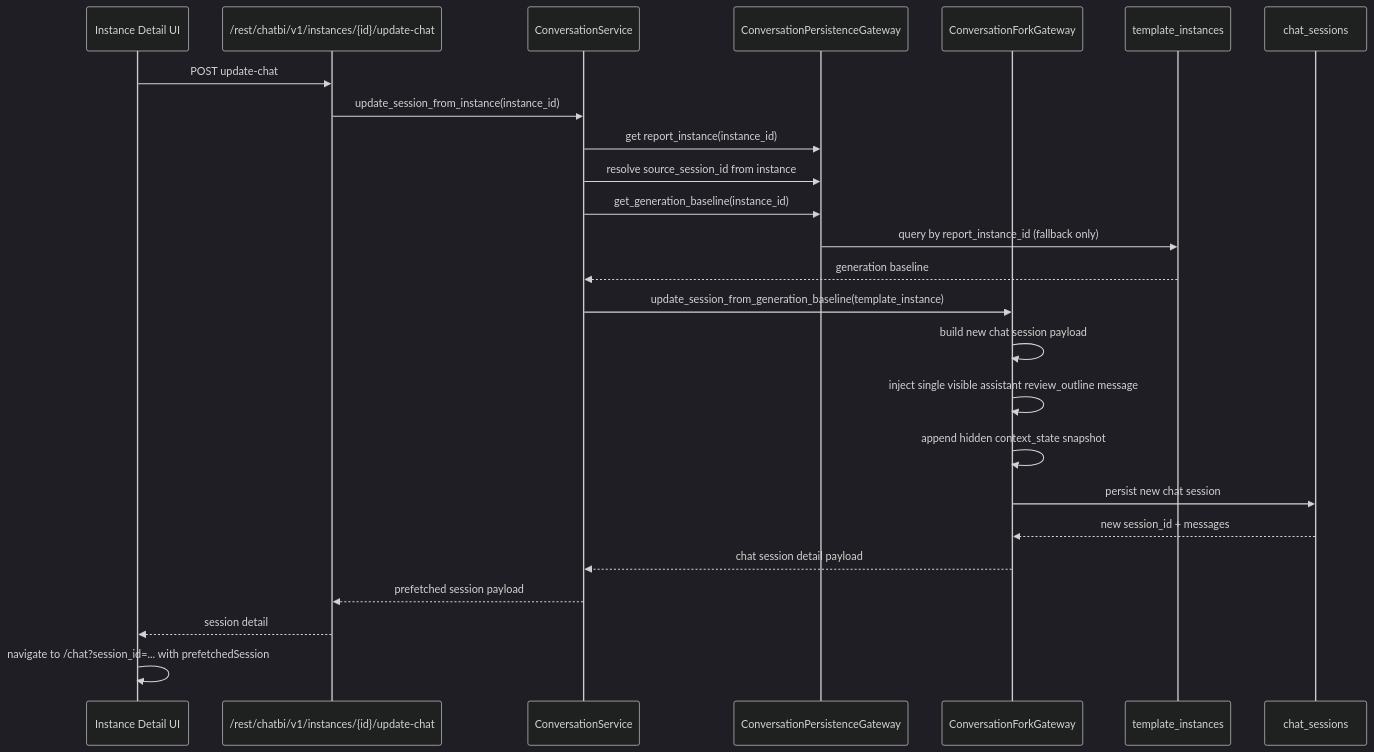
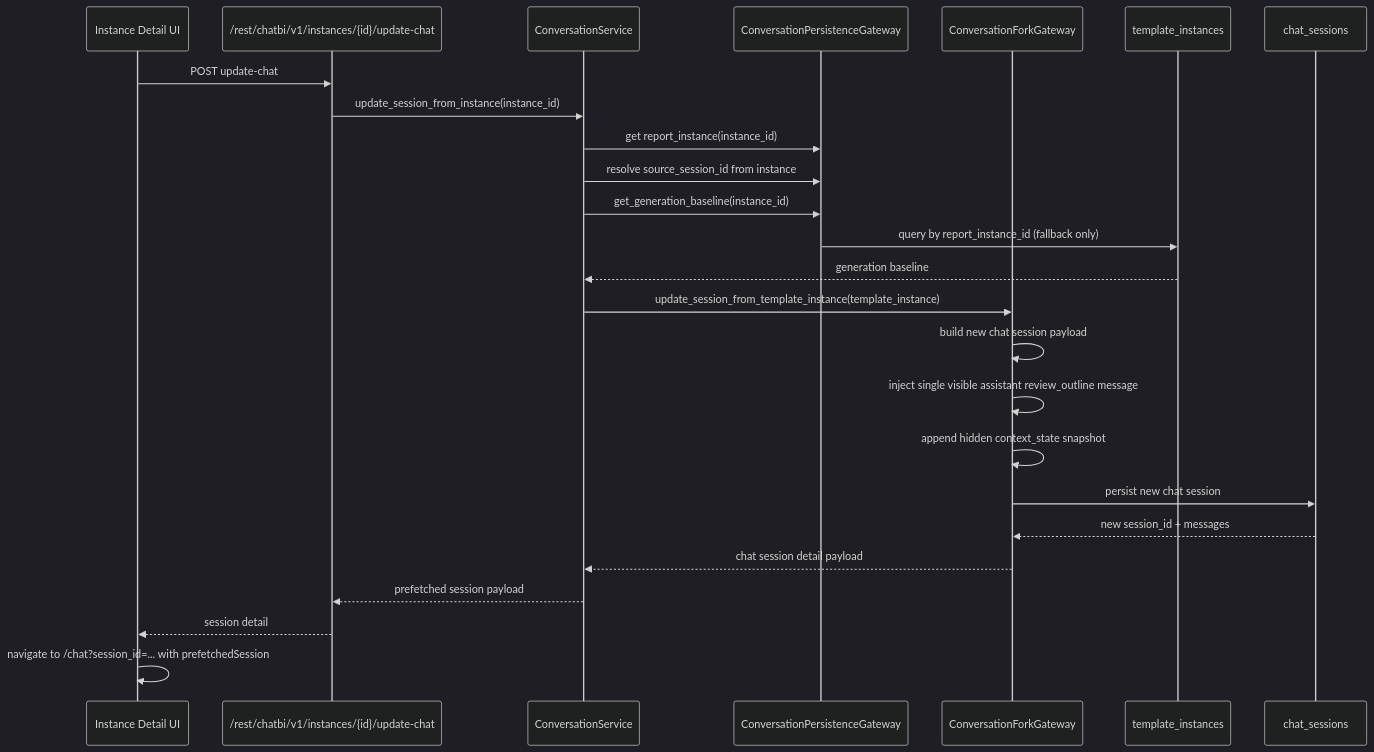
The third of 3 diagrams in design/implementation/runtime_sequences.md (shel447/ReportSystem), drawn with Mermaid (dark theme) before and after one commit. The commit also changed 14 other files, not shown here.

Commit message:
feat: refactor template instance

````diff
--- a/design/implementation/runtime_sequences.md
+++ b/design/implementation/runtime_sequences.md
@@ -120,28 +120,28 @@
 ```mermaid
 sequenceDiagram
     participant UI as Instance Detail UI
     participant API as /rest/chatbi/v1/instances/{id}/update-chat
     participant Conv as ConversationService
     participant Persist as ConversationPersistenceGateway
     participant Fork as ConversationForkGateway
     participant Baseline as template_instances
     participant SessionRepo as chat_sessions
 
     UI->>API: POST update-chat
     API->>Conv: update_session_from_instance(instance_id)
     Conv->>Persist: get report_instance(instance_id)
     Conv->>Persist: resolve source_session_id from instance
     Conv->>Persist: get_generation_baseline(instance_id)
     Persist->>Baseline: query by report_instance_id (fallback only)
     Baseline-->>Conv: generation baseline
-    Conv->>Fork: update_session_from_generation_baseline(template_instance)
+    Conv->>Fork: update_session_from_template_instance(template_instance)
     Fork->>Fork: build new chat session payload
     Fork->>Fork: inject single visible assistant review_outline message
     Fork->>Fork: append hidden context_state snapshot
     Fork->>SessionRepo: persist new chat session
     SessionRepo-->>Fork: new session_id + messages
     Fork-->>Conv: chat session detail payload
     Conv-->>API: prefetched session payload
     API-->>UI: session detail
     UI->>UI: navigate to /chat?session_id=... with prefetchedSession
 ```
````
